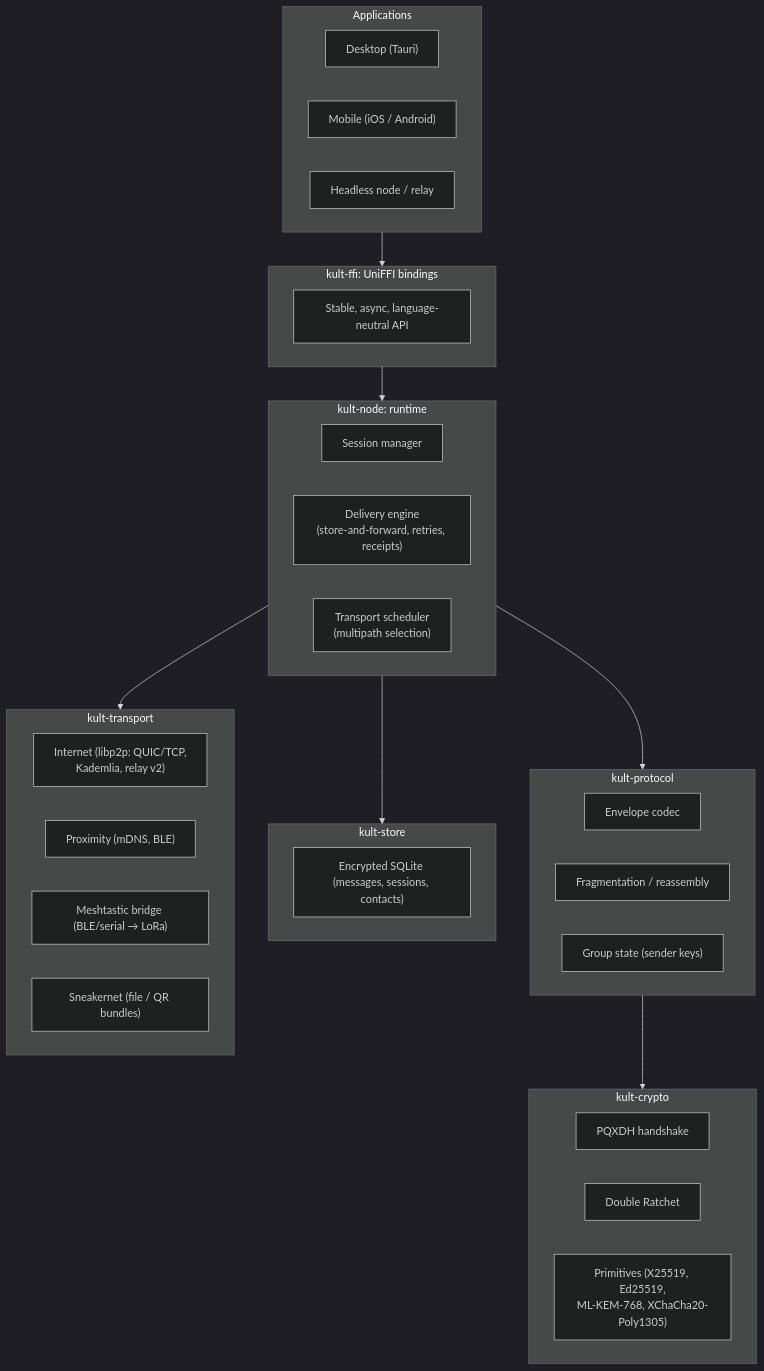
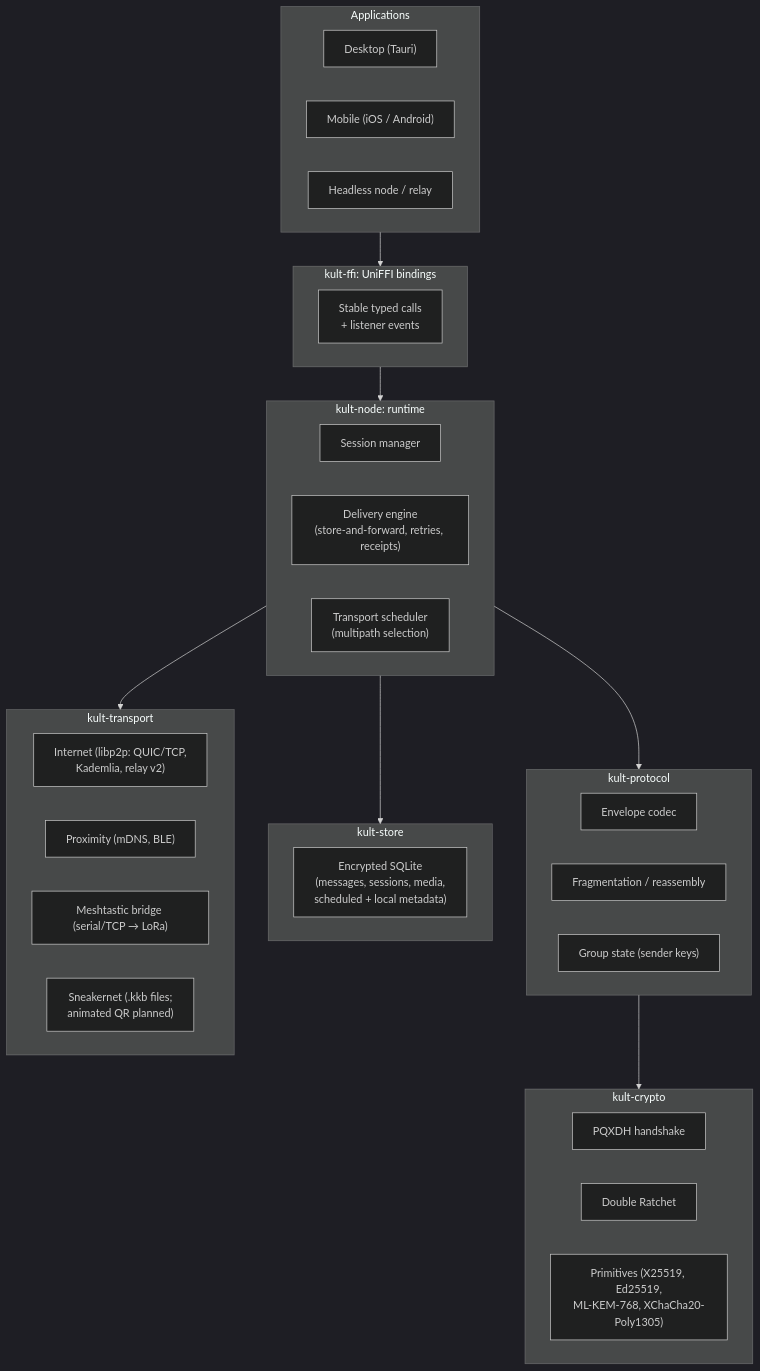
One commit to AndriGitDev/Komms changed the diagram in docs/03-architecture.md. Above: the diagram before and after it, drawn with Mermaid (dark theme). The commit also changed other lines of this file and 15 other files, not shown here.

````diff
--- a/docs/03-architecture.md
+++ b/docs/03-architecture.md
@@ -12,39 +12,39 @@
 ```mermaid
 flowchart TB
     subgraph Apps["Applications"]
         A1["Desktop (Tauri)"]
         A2["Mobile (iOS / Android)"]
         A3["Headless node / relay"]
     end
     subgraph FFI["kult-ffi: UniFFI bindings"]
-        F1["Stable, async, language-neutral API"]
+        F1["Stable typed calls<br/>+ listener events"]
     end
     subgraph Node["kult-node: runtime"]
         N1["Session manager"]
         N2["Delivery engine<br/>(store-and-forward, retries, receipts)"]
         N3["Transport scheduler<br/>(multipath selection)"]
     end
     subgraph Proto["kult-protocol"]
         P1["Envelope codec"]
         P2["Fragmentation / reassembly"]
         P3["Group state (sender keys)"]
     end
     subgraph Crypto["kult-crypto"]
         C1["PQXDH handshake"]
         C2["Double Ratchet"]
         C3["Primitives (X25519, Ed25519,<br/>ML-KEM-768, XChaCha20-Poly1305)"]
     end
     subgraph Store["kult-store"]
-        S1["Encrypted SQLite (messages, sessions, contacts)"]
+        S1["Encrypted SQLite<br/>(messages, sessions, media,<br/>scheduled + local metadata)"]
     end
     subgraph Transport["kult-transport"]
         T1["Internet (libp2p: QUIC/TCP,<br/>Kademlia, relay v2)"]
         T2["Proximity (mDNS, BLE)"]
-        T3["Meshtastic bridge (BLE/serial → LoRa)"]
-        T4["Sneakernet (file / QR bundles)"]
+        T3["Meshtastic bridge (serial/TCP → LoRa)"]
+        T4["Sneakernet (.kkb files;<br/>animated QR planned)"]
     end
     Apps --> FFI --> Node
     Node --> Proto --> Crypto
     Node --> Store
     Node --> Transport
 ```
````
